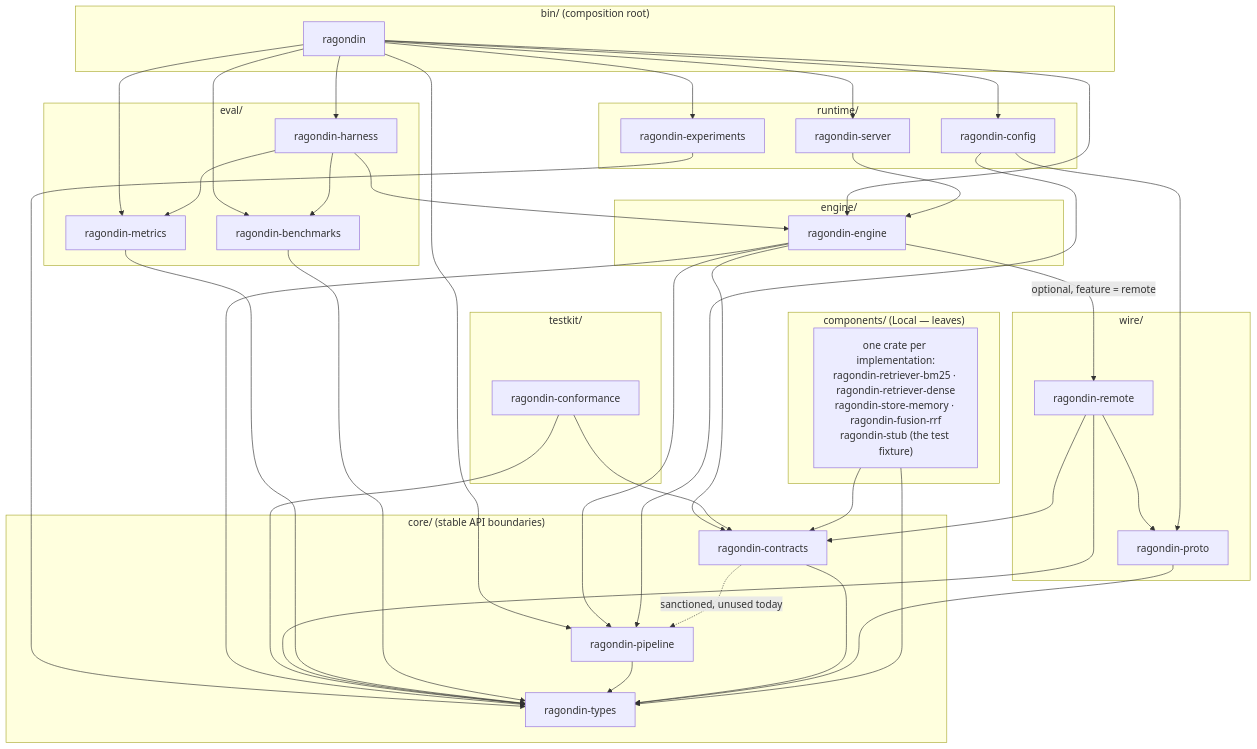
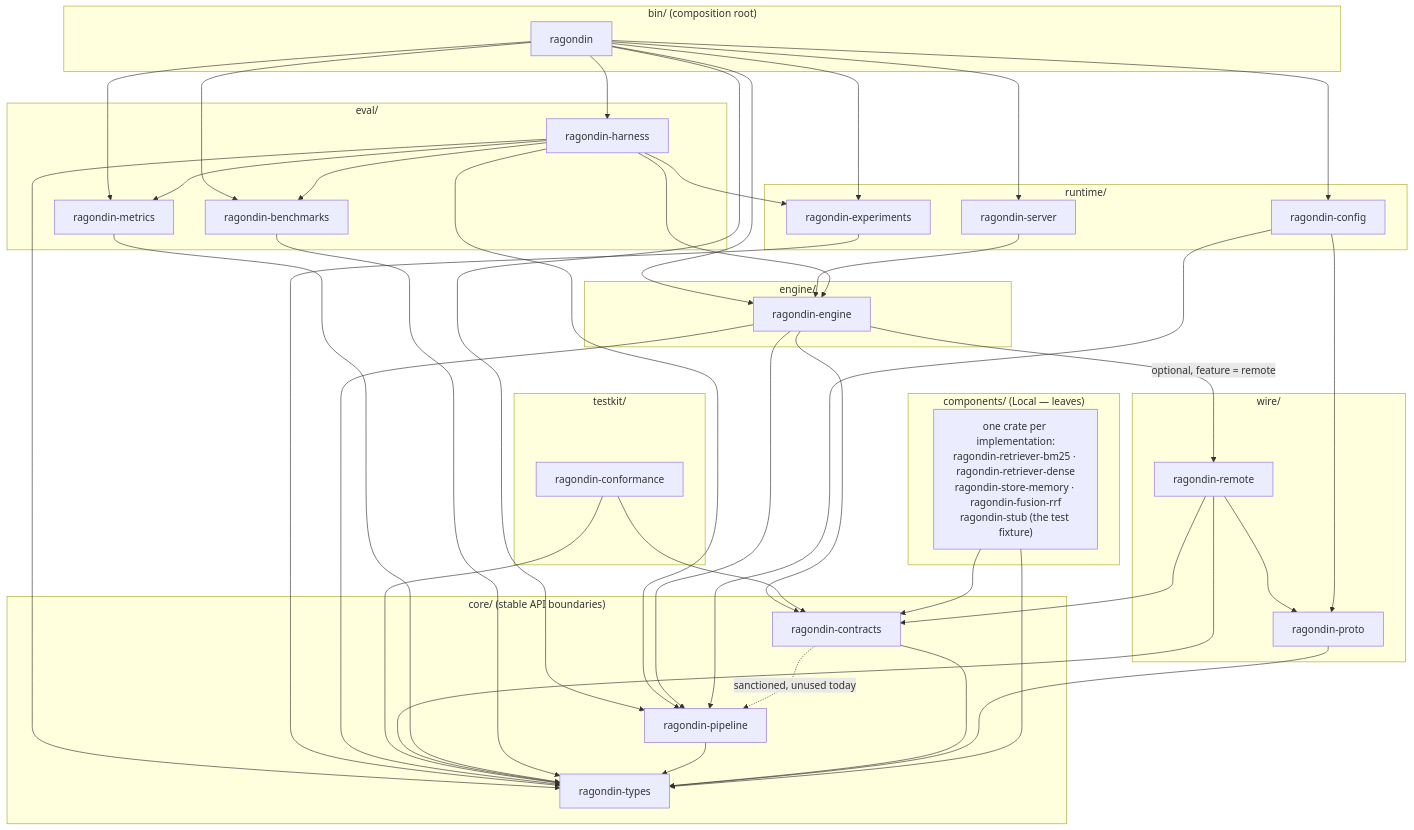
The first of 4 diagrams in docs/code-architecture.md (genesary/Ragondin), drawn with Mermaid before and after one commit. The commit also changed 12 other files, not shown here.

````diff
--- a/docs/code-architecture.md
+++ b/docs/code-architecture.md
@@ -180,51 +180,51 @@
 ```mermaid
 flowchart TB
   subgraph BIN["bin/ (composition root)"]
     RAG[ragondin]
   end
   subgraph RUNTIME["runtime/"]
     SRV[ragondin-server]
     EXP[ragondin-experiments]
     CFG[ragondin-config]
   end
   subgraph EVAL["eval/"]
     HAR[ragondin-harness]
     MET[ragondin-metrics]
     BEN[ragondin-benchmarks]
   end
   subgraph ENGINE["engine/"]
     ENG[ragondin-engine]
   end
   subgraph TESTKIT["testkit/"]
     CNF[ragondin-conformance]
   end
   subgraph COMP["components/ (Local — leaves)"]
     CX["one crate per implementation:<br/>ragondin-retriever-bm25 · ragondin-retriever-dense<br/>ragondin-store-memory · ragondin-fusion-rrf<br/>ragondin-stub (the test fixture)"]
   end
   subgraph WIRE["wire/"]
     PRO[ragondin-proto]
     REM[ragondin-remote]
   end
   subgraph CORE["core/ (stable API boundaries)"]
     CON[ragondin-contracts]
     PIP[ragondin-pipeline]
     TYP[ragondin-types]
   end
 
   RAG --> SRV & HAR & EXP & CFG & ENG & MET & BEN & PIP
   SRV --> ENG
-  HAR --> ENG & MET & BEN
+  HAR --> ENG & MET & BEN & EXP & PIP & TYP
   EXP --> TYP
   ENG --> CON & PIP & TYP
   ENG -->|"optional, feature = remote"| REM
   CNF --> CON & TYP
   REM --> CON & TYP & PRO
   MET --> TYP
   BEN --> TYP
   CFG --> PIP & PRO
   CON -.->|"sanctioned, unused today"| PIP
   PIP --> TYP
   CON --> TYP
   PRO --> TYP
   CX --> CON & TYP
 ```
````
